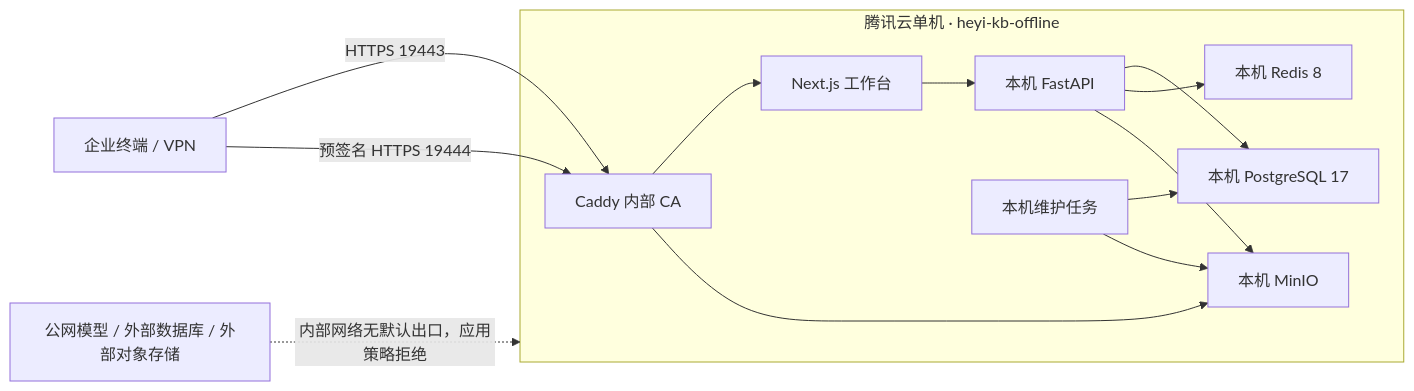
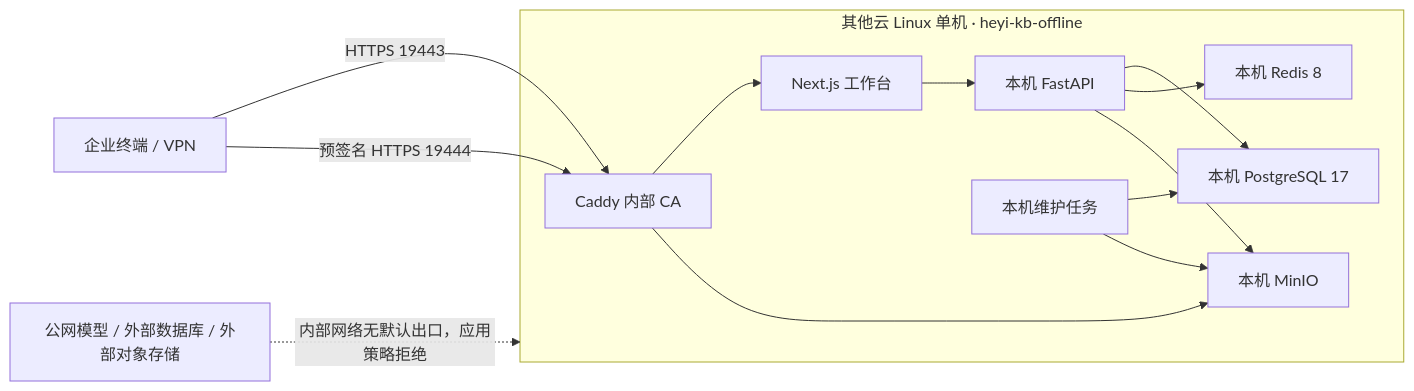
Before and after one commit to SuperGokou/knowledgebases: the diagram in docs/TENCENT_OFFLINE_ENTERPRISE_DEPLOYMENT.zh-CN.md, drawn with Mermaid. The commit also changed other lines of this file and 189 other files, not shown here.

````diff
--- a/docs/TENCENT_OFFLINE_ENTERPRISE_DEPLOYMENT.zh-CN.md
+++ b/docs/TENCENT_OFFLINE_ENTERPRISE_DEPLOYMENT.zh-CN.md
@@ -10,25 +10,25 @@
 ```mermaid
 flowchart LR
     User["企业终端 / VPN"] -->|"HTTPS 19443"| Proxy["Caddy 内部 CA"]
     User -->|"预签名 HTTPS 19444"| Proxy
     Proxy --> Web["Next.js 工作台"]
     Proxy --> MinIO["本机 MinIO"]
     Web --> API["本机 FastAPI"]
     API --> PostgreSQL["本机 PostgreSQL 17"]
     API --> Redis["本机 Redis 8"]
     API --> MinIO
     Maintenance["本机维护任务"] --> PostgreSQL
     Maintenance --> MinIO
 
-    subgraph Host["腾讯云单机 · heyi-kb-offline"]
+    subgraph Host["其他云 Linux 单机 · heyi-kb-offline"]
       Proxy
       Web
       API
       Maintenance
       PostgreSQL
       Redis
       MinIO
     end
 
     Internet["公网模型 / 外部数据库 / 外部对象存储"] -. "内部网络无默认出口，应用策略拒绝" .-> Host
 ```
````
